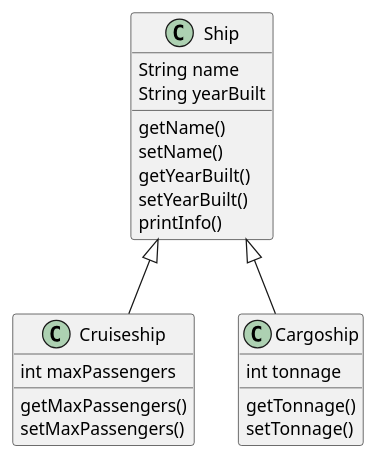
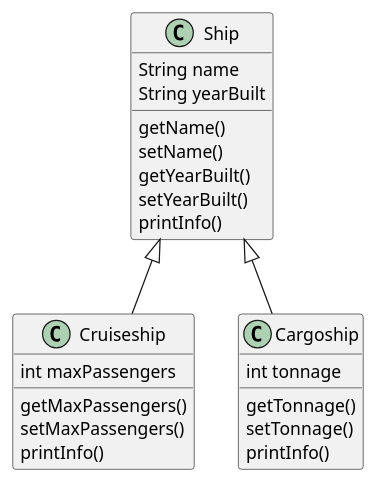
One commit to Lex-ari/CS4800-Projects changed the diagram in src/Homework_3/Polymorphism.puml. Above: the diagram before and after it, drawn with PlantUML. The commit also changed 1 other file, not shown here.

```diff
--- a/src/Homework_3/Polymorphism.puml
+++ b/src/Homework_3/Polymorphism.puml
@@ -1,28 +1,30 @@
 @startuml
 'https://plantuml.com/class-diagram
 
 class Ship {
 String name
 String yearBuilt
 getName()
 setName()
 getYearBuilt()
 setYearBuilt()
 printInfo()
 }
 
 class Cruiseship{
 int maxPassengers
 getMaxPassengers()
 setMaxPassengers()
+printInfo()
 }
 
 class Cargoship{
 int tonnage
 getTonnage()
 setTonnage()
+printInfo()
 }
 Ship <|-- Cruiseship
 Ship <|-- Cargoship
 
 @enduml
```
